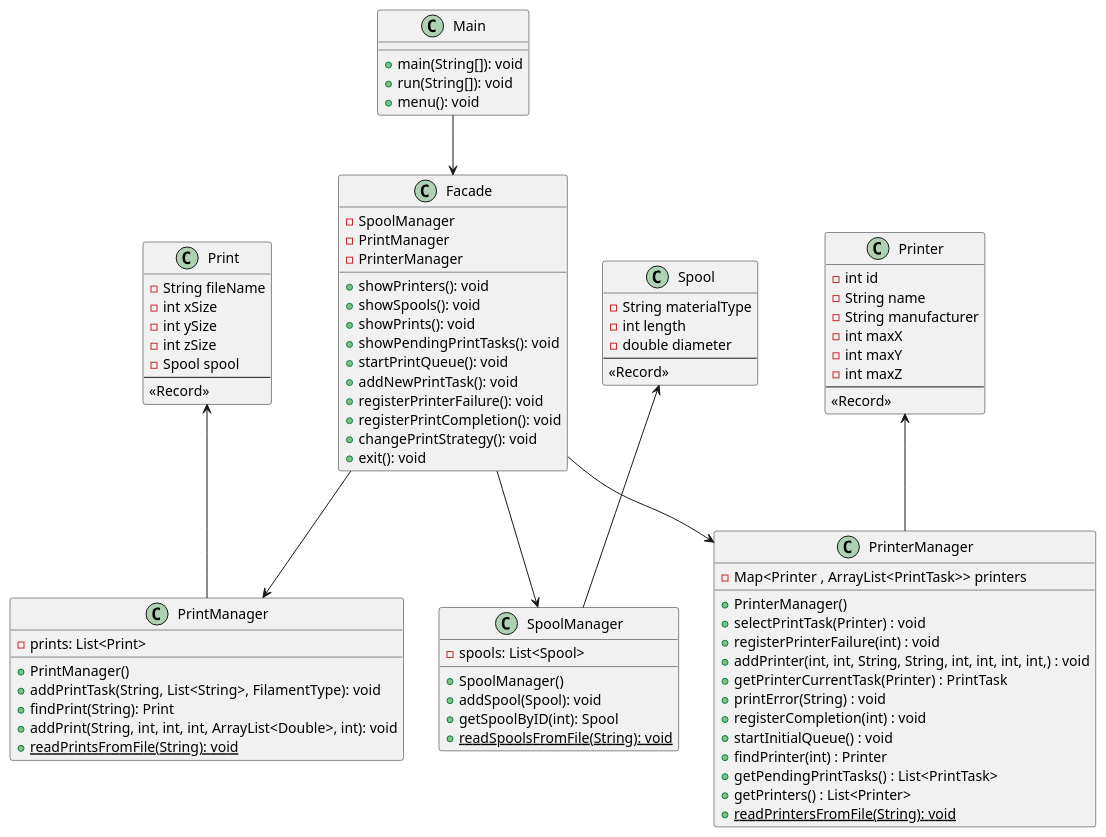
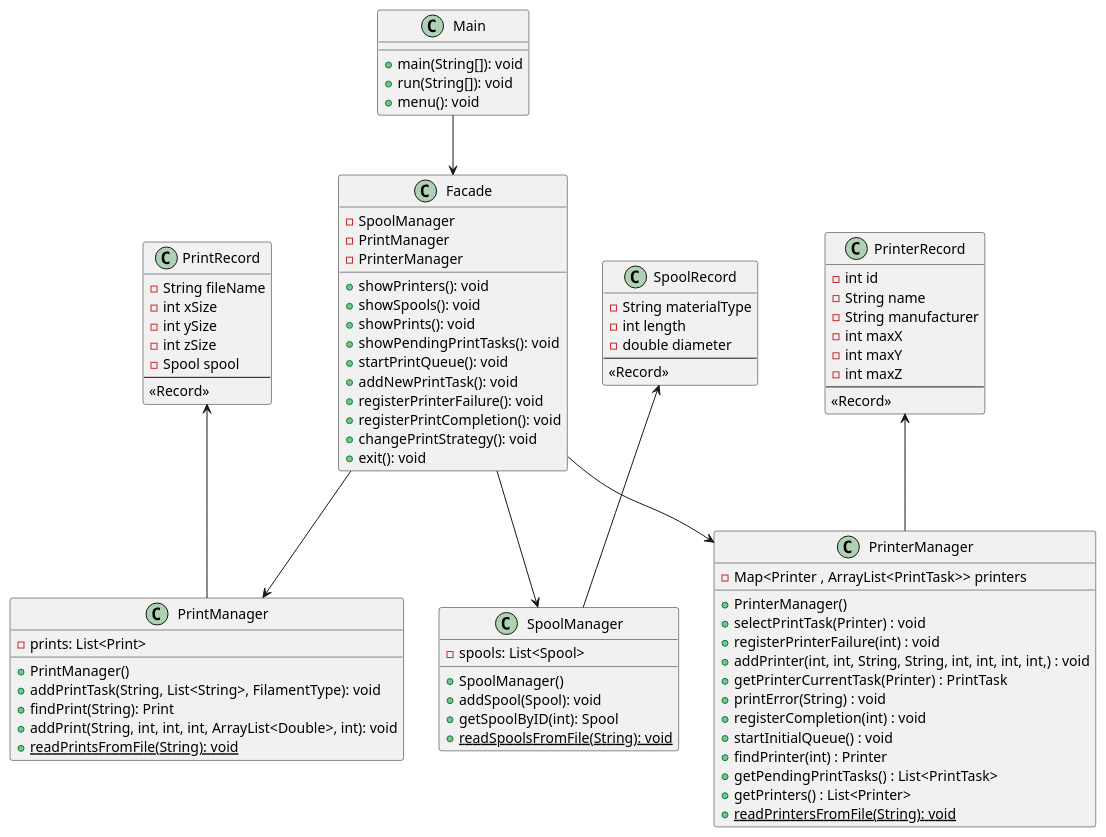
The diagram in docs/Diagrams/refractored diagrams/Main Facade and its associations.puml (rtavares14/System-Design), drawn with PlantUML before and after one commit. The commit also changed 1 other file, not shown here.

```diff
--- a/docs/Diagrams/refractored diagrams/Main Facade and its associations.puml
+++ b/docs/Diagrams/refractored diagrams/Main Facade and its associations.puml
@@ -1,99 +1,99 @@
 @startuml
 'https://plantuml.com/sequence-diagram
 
 class Main {
     + main(String[]): void
     + run(String[]): void
     + menu(): void
 }
 
 class Facade {
     - SpoolManager
     - PrintManager
     - PrinterManager
     + showPrinters(): void
     + showSpools(): void
     + showPrints(): void
     + showPendingPrintTasks(): void
     + startPrintQueue(): void
     + addNewPrintTask(): void
     + registerPrinterFailure(): void
     + registerPrintCompletion(): void
     + changePrintStrategy(): void
     + exit(): void
 }
 
 class PrintManager {
     + PrintManager()
     + addPrintTask(String, List<String>, FilamentType): void
     + findPrint(String): Print
     + addPrint(String, int, int, int, ArrayList<Double>, int): void
     + {static} readPrintsFromFile(String): void
     - prints: List<Print>
 }
 
 class SpoolManager {
     + SpoolManager()
     + addSpool(Spool): void
     + getSpoolByID(int): Spool
     + {static} readSpoolsFromFile(String): void
     - spools: List<Spool>
 }
 
 class PrinterManager {
         - Map<Printer , ArrayList<PrintTask>> printers
         + PrinterManager()
         + selectPrintTask(Printer) : void
         + registerPrinterFailure(int) : void
         + addPrinter(int, int, String, String, int, int, int, int,) : void
         + getPrinterCurrentTask(Printer) : PrintTask
         + printError(String) : void
         + registerCompletion(int) : void
       + startInitialQueue() : void
       + findPrinter(int) : Printer
       + getPendingPrintTasks() : List<PrintTask>
       + getPrinters() : List<Printer>
       + {static} readPrintersFromFile(String): void
 
 }
 
-class Printer {
+class PrinterRecord {
   - int id
   - String name
   - String manufacturer
   - int maxX
   - int maxY
   - int maxZ
   --
   <<Record>>
 }
 
-class Spool {
+class SpoolRecord {
   - String materialType
   - int length
   - double diameter
   --
   <<Record>>
 }
 
-class Print {
+class PrintRecord {
   - String fileName
   - int xSize
   - int ySize
   - int zSize
   - Spool spool
   --
   <<Record>>
 }
 
-PrinterManager -up-> Printer
-SpoolManager -up-> Spool
-PrintManager -up-> Print
+PrinterManager -up-> PrinterRecord
+SpoolManager -up-> SpoolRecord
+PrintManager -up-> PrintRecord
 
 
 Main -down-> Facade
 Facade -down-> SpoolManager
 Facade -down-> PrintManager
 Facade -down-> PrinterManager
 
 @enduml
```
